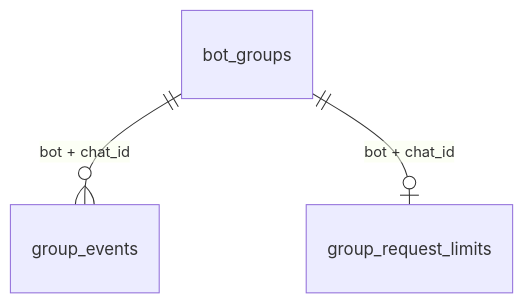
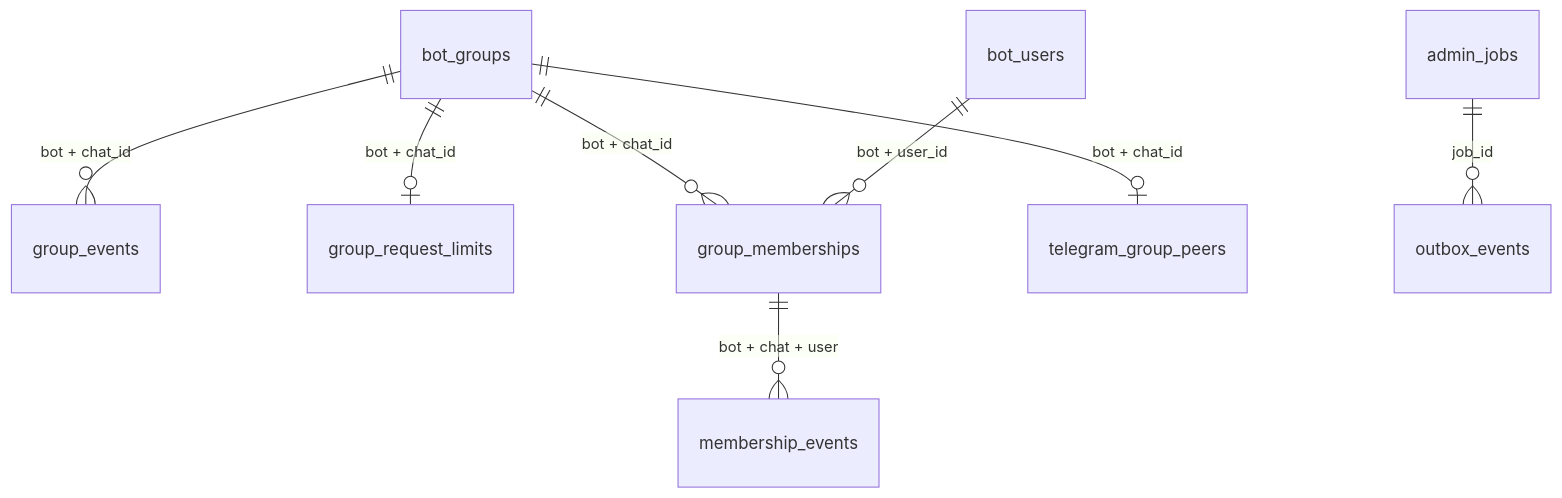
The diagram in docs/DATABASE.md (mahdiashtian/SaintCrispy), drawn with Mermaid before and after one commit. The commit also changed other lines of this file and 53 other files, not shown here.

````diff
--- a/docs/DATABASE.md
+++ b/docs/DATABASE.md
@@ -65,5 +74,10 @@
 ```mermaid
 erDiagram
     bot_groups ||--o{ group_events : "bot + chat_id"
     bot_groups ||--o| group_request_limits : "bot + chat_id"
+    bot_groups ||--o{ group_memberships : "bot + chat_id"
+    bot_users ||--o{ group_memberships : "bot + user_id"
+    group_memberships ||--o{ membership_events : "bot + chat + user"
+    bot_groups ||--o| telegram_group_peers : "bot + chat_id"
+    admin_jobs ||--o{ outbox_events : "job_id"
 ```
````
